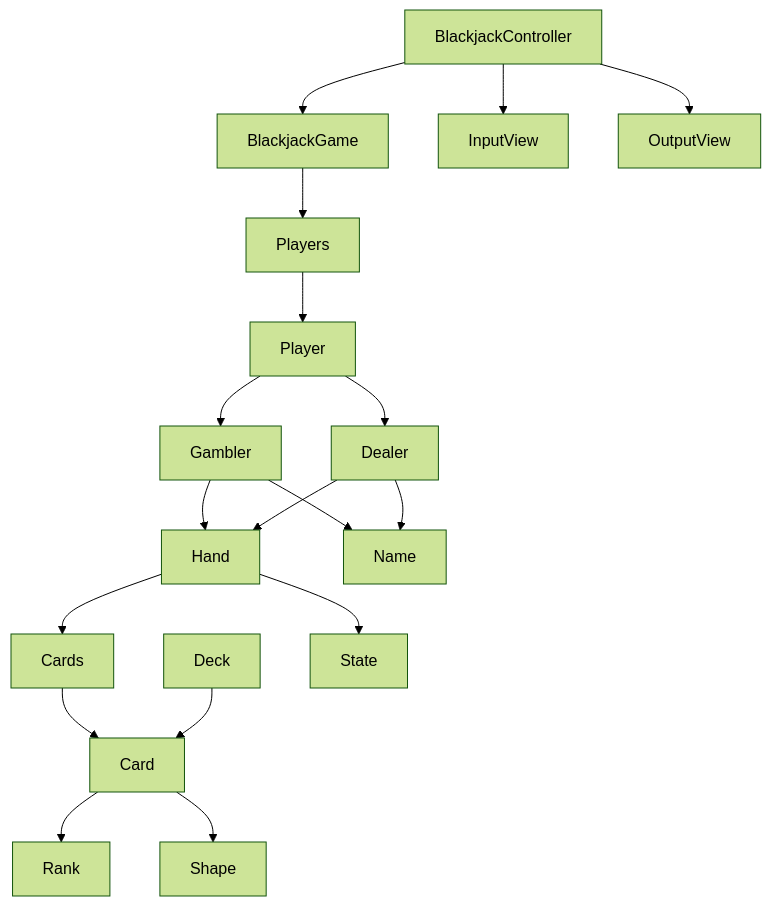
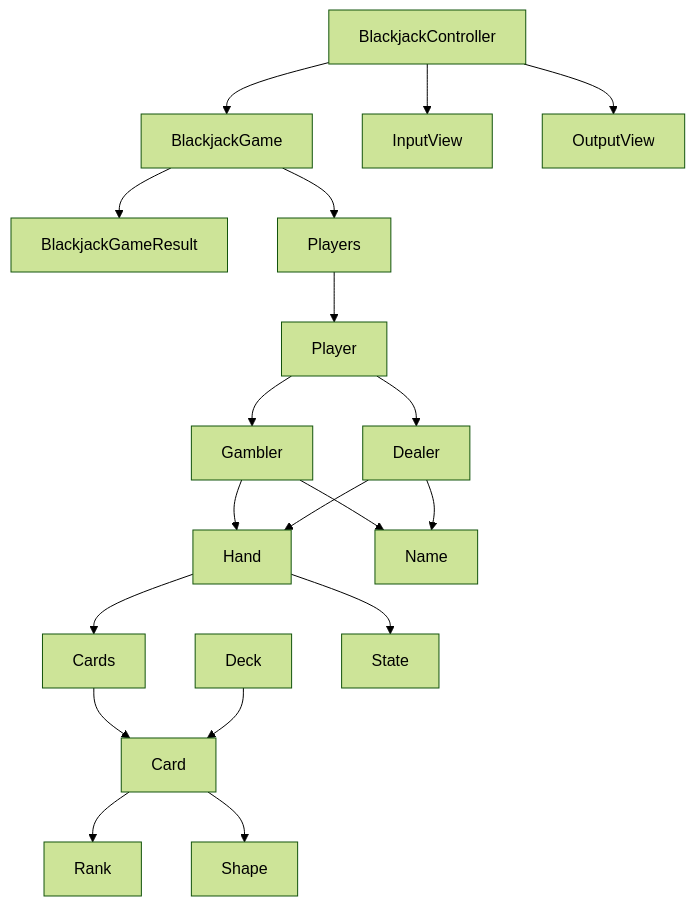
One commit to woowacourse/java-blackjack changed the diagram in README.md. Above: the diagram before and after it, drawn with Mermaid (forest theme). The commit also changed other lines of this file, not shown here.

````diff
--- a/README.md
+++ b/README.md
@@ -11,25 +11,27 @@
 ```mermaid
 flowchart
     Card --> Rank
     Card --> Shape
 
     Cards --> Card
 
     Deck --> Card
+
+    BlackjackGame --> BlackjackGameResult
 
     BlackjackController --> BlackjackGame
     BlackjackController --> InputView
     BlackjackController --> OutputView
 
     Players --> Player
     Player --> Gambler --> Hand
     Player --> Dealer --> Hand
 
     Hand --> Cards
     Hand --> State
 
     Gambler --> Name
     Dealer --> Name
 
     BlackjackGame --> Players
 ```
````
